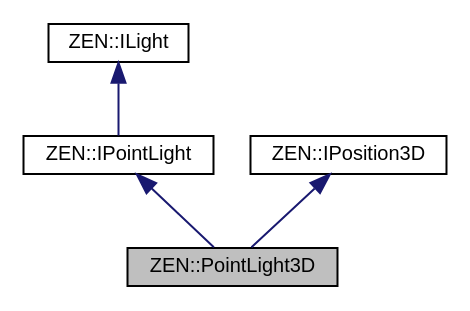
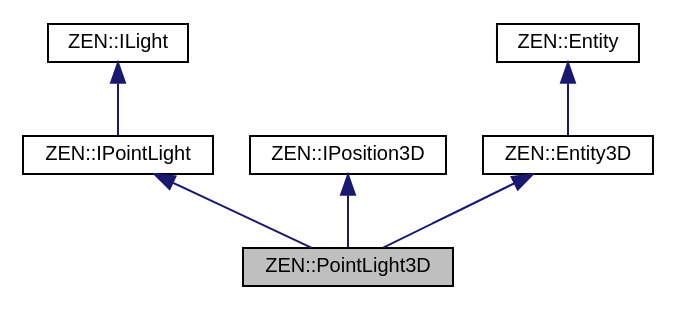
The diagram in classZEN_1_1PointLight3D__inherit__graph.dot (markhj/zeronetics), drawn with Graphviz before and after one commit. The commit also changed 163 other files, not shown here.

```diff
--- a/classZEN_1_1PointLight3D__inherit__graph.dot
+++ b/classZEN_1_1PointLight3D__inherit__graph.dot
@@ -1,13 +1,17 @@
 digraph "ZEN::PointLight3D"
 {
  // LATEX_PDF_SIZE
   edge [fontname="Helvetica",fontsize="10",labelfontname="Helvetica",labelfontsize="10"];
   node [fontname="Helvetica",fontsize="10",shape=record];
   Node1 [label="ZEN::PointLight3D",height=0.2,width=0.4,color="black", fillcolor="grey75", style="filled", fontcolor="black",tooltip=" "];
   Node2 -> Node1 [dir="back",color="midnightblue",fontsize="10",style="solid",fontname="Helvetica"];
   Node2 [label="ZEN::IPointLight",height=0.2,width=0.4,color="black", fillcolor="white", style="filled",URL="$classZEN_1_1IPointLight.html",tooltip=" "];
   Node3 -> Node2 [dir="back",color="midnightblue",fontsize="10",style="solid",fontname="Helvetica"];
   Node3 [label="ZEN::ILight",height=0.2,width=0.4,color="black", fillcolor="white", style="filled",URL="$classZEN_1_1ILight.html",tooltip=" "];
   Node4 -> Node1 [dir="back",color="midnightblue",fontsize="10",style="solid",fontname="Helvetica"];
   Node4 [label="ZEN::IPosition3D",height=0.2,width=0.4,color="black", fillcolor="white", style="filled",URL="$classZEN_1_1IPosition3D.html",tooltip=" "];
+  Node5 -> Node1 [dir="back",color="midnightblue",fontsize="10",style="solid",fontname="Helvetica"];
+  Node5 [label="ZEN::Entity3D",height=0.2,width=0.4,color="black", fillcolor="white", style="filled",URL="$classZEN_1_1Entity3D.html",tooltip=" "];
+  Node6 -> Node5 [dir="back",color="midnightblue",fontsize="10",style="solid",fontname="Helvetica"];
+  Node6 [label="ZEN::Entity",height=0.2,width=0.4,color="black", fillcolor="white", style="filled",URL="$classZEN_1_1Entity.html",tooltip=" "];
 }
```
